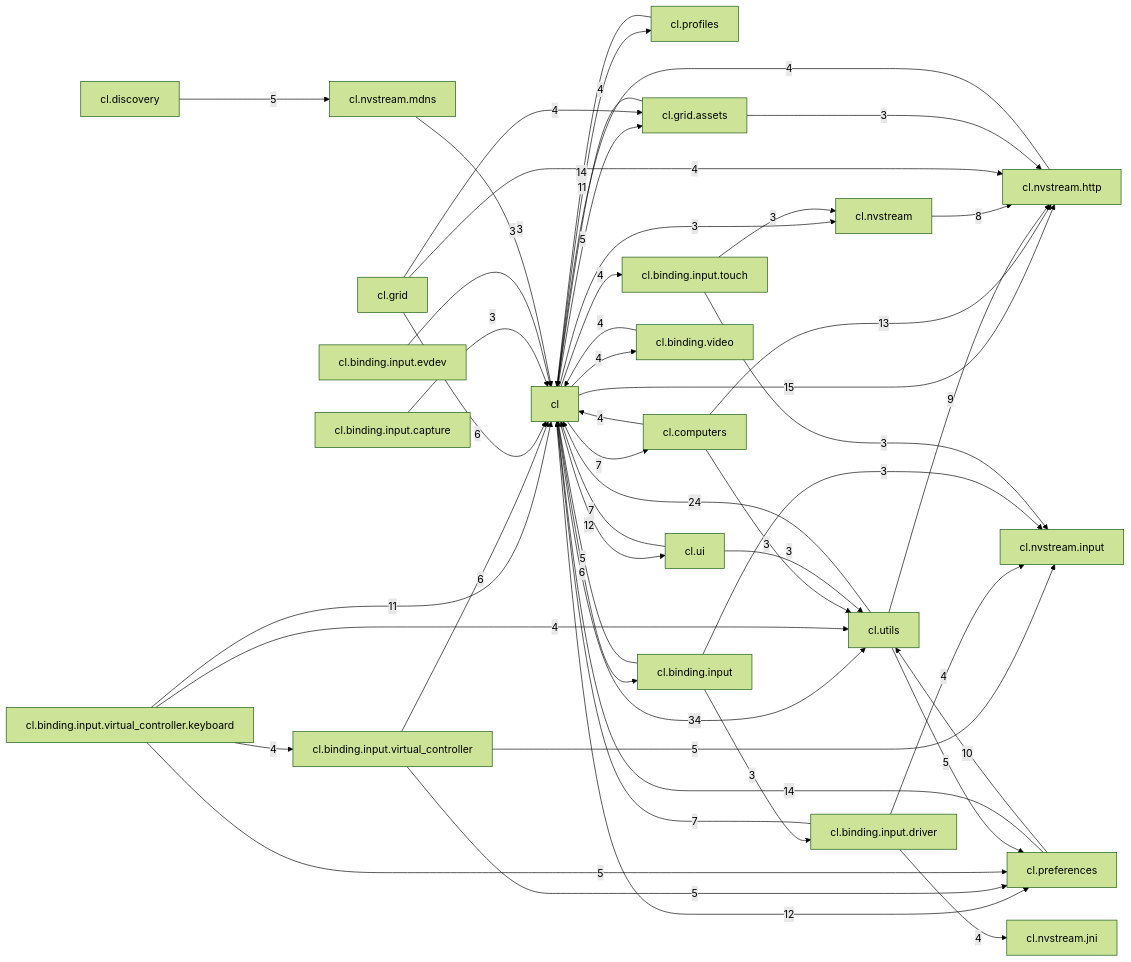
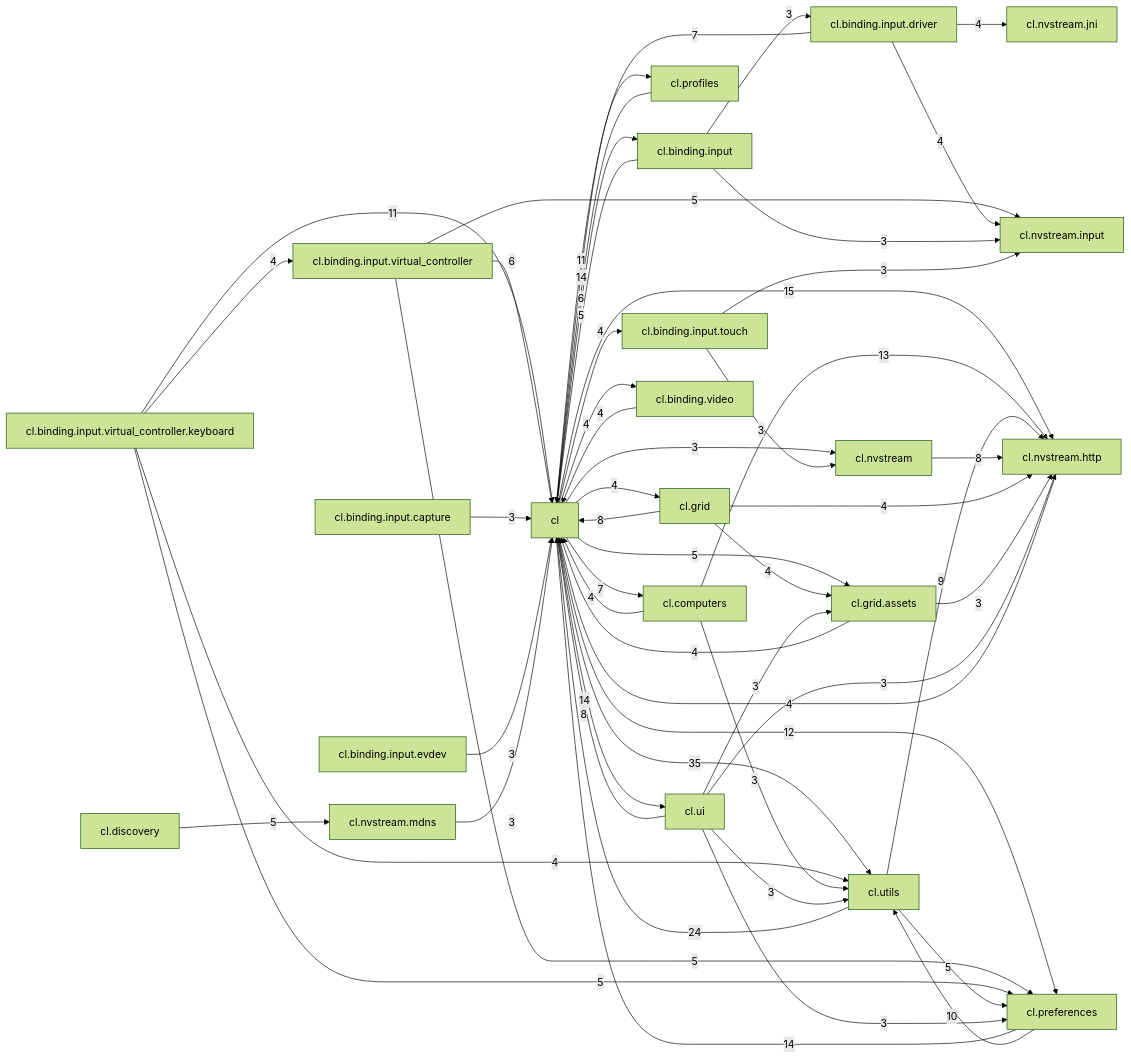
The diagram in docs/maps/DEPENDENCY_GRAPH.md (Rafael-CN/vibe-artemis), drawn with Mermaid (forest theme) before and after one commit. The commit also changed other lines of this file and 4 other files, not shown here.

````diff
--- a/docs/maps/DEPENDENCY_GRAPH.md
+++ b/docs/maps/DEPENDENCY_GRAPH.md
@@ -46,52 +46,56 @@
 ```mermaid
 graph LR
-  cl["cl"] -->|34| cl_utils["cl.utils"]
+  cl["cl"] -->|35| cl_utils["cl.utils"]
   cl_utils["cl.utils"] -->|24| cl["cl"]
   cl["cl"] -->|15| cl_nvstream_http["cl.nvstream.http"]
+  cl["cl"] -->|14| cl_ui["cl.ui"]
   cl_preferences["cl.preferences"] -->|14| cl["cl"]
   cl_profiles["cl.profiles"] -->|14| cl["cl"]
   cl_computers["cl.computers"] -->|13| cl_nvstream_http["cl.nvstream.http"]
   cl["cl"] -->|12| cl_preferences["cl.preferences"]
-  cl["cl"] -->|12| cl_ui["cl.ui"]
   cl["cl"] -->|11| cl_profiles["cl.profiles"]
   cl_binding_input_virtual_controller_keyboard["cl.binding.input.virtual_controller.keyboard"] -->|11| cl["cl"]
   cl_preferences["cl.preferences"] -->|10| cl_utils["cl.utils"]
   cl_utils["cl.utils"] -->|9| cl_nvstream_http["cl.nvstream.http"]
+  cl_grid["cl.grid"] -->|8| cl["cl"]
   cl_nvstream["cl.nvstream"] -->|8| cl_nvstream_http["cl.nvstream.http"]
+  cl_ui["cl.ui"] -->|8| cl["cl"]
   cl["cl"] -->|7| cl_computers["cl.computers"]
   cl_binding_input_driver["cl.binding.input.driver"] -->|7| cl["cl"]
-  cl_ui["cl.ui"] -->|7| cl["cl"]
   cl["cl"] -->|6| cl_binding_input["cl.binding.input"]
   cl_binding_input_virtual_controller["cl.binding.input.virtual_controller"] -->|6| cl["cl"]
-  cl_grid["cl.grid"] -->|6| cl["cl"]
   cl["cl"] -->|5| cl_grid_assets["cl.grid.assets"]
   cl_binding_input["cl.binding.input"] -->|5| cl["cl"]
   cl_binding_input_virtual_controller["cl.binding.input.virtual_controller"] -->|5| cl_preferences["cl.preferences"]
   cl_binding_input_virtual_controller["cl.binding.input.virtual_controller"] -->|5| cl_nvstream_input["cl.nvstream.input"]
   cl_binding_input_virtual_controller_keyboard["cl.binding.input.virtual_controller.keyboard"] -->|5| cl_preferences["cl.preferences"]
   cl_discovery["cl.discovery"] -->|5| cl_nvstream_mdns["cl.nvstream.mdns"]
   cl_utils["cl.utils"] -->|5| cl_preferences["cl.preferences"]
+  cl["cl"] -->|4| cl_grid["cl.grid"]
   cl["cl"] -->|4| cl_binding_input_touch["cl.binding.input.touch"]
   cl["cl"] -->|4| cl_binding_video["cl.binding.video"]
   cl_binding_input_driver["cl.binding.input.driver"] -->|4| cl_nvstream_jni["cl.nvstream.jni"]
   cl_binding_input_driver["cl.binding.input.driver"] -->|4| cl_nvstream_input["cl.nvstream.input"]
   cl_binding_input_virtual_controller_keyboard["cl.binding.input.virtual_controller.keyboard"] -->|4| cl_binding_input_virtual_controller["cl.binding.input.virtual_controller"]
   cl_binding_input_virtual_controller_keyboard["cl.binding.input.virtual_controller.keyboard"] -->|4| cl_utils["cl.utils"]
   cl_binding_video["cl.binding.video"] -->|4| cl["cl"]
   cl_computers["cl.computers"] -->|4| cl["cl"]
   cl_grid["cl.grid"] -->|4| cl_nvstream_http["cl.nvstream.http"]
   cl_grid["cl.grid"] -->|4| cl_grid_assets["cl.grid.assets"]
   cl_grid_assets["cl.grid.assets"] -->|4| cl["cl"]
   cl_nvstream_http["cl.nvstream.http"] -->|4| cl["cl"]
   cl["cl"] -->|3| cl_nvstream["cl.nvstream"]
   cl_binding_input["cl.binding.input"] -->|3| cl_binding_input_driver["cl.binding.input.driver"]
   cl_binding_input["cl.binding.input"] -->|3| cl_nvstream_input["cl.nvstream.input"]
   cl_binding_input_capture["cl.binding.input.capture"] -->|3| cl["cl"]
   cl_binding_input_evdev["cl.binding.input.evdev"] -->|3| cl["cl"]
   cl_binding_input_touch["cl.binding.input.touch"] -->|3| cl_nvstream["cl.nvstream"]
   cl_binding_input_touch["cl.binding.input.touch"] -->|3| cl_nvstream_input["cl.nvstream.input"]
   cl_computers["cl.computers"] -->|3| cl_utils["cl.utils"]
   cl_grid_assets["cl.grid.assets"] -->|3| cl_nvstream_http["cl.nvstream.http"]
   cl_nvstream_mdns["cl.nvstream.mdns"] -->|3| cl["cl"]
   cl_ui["cl.ui"] -->|3| cl_utils["cl.utils"]
+  cl_ui["cl.ui"] -->|3| cl_grid_assets["cl.grid.assets"]
+  cl_ui["cl.ui"] -->|3| cl_nvstream_http["cl.nvstream.http"]
+  cl_ui["cl.ui"] -->|3| cl_preferences["cl.preferences"]
 ```
````
